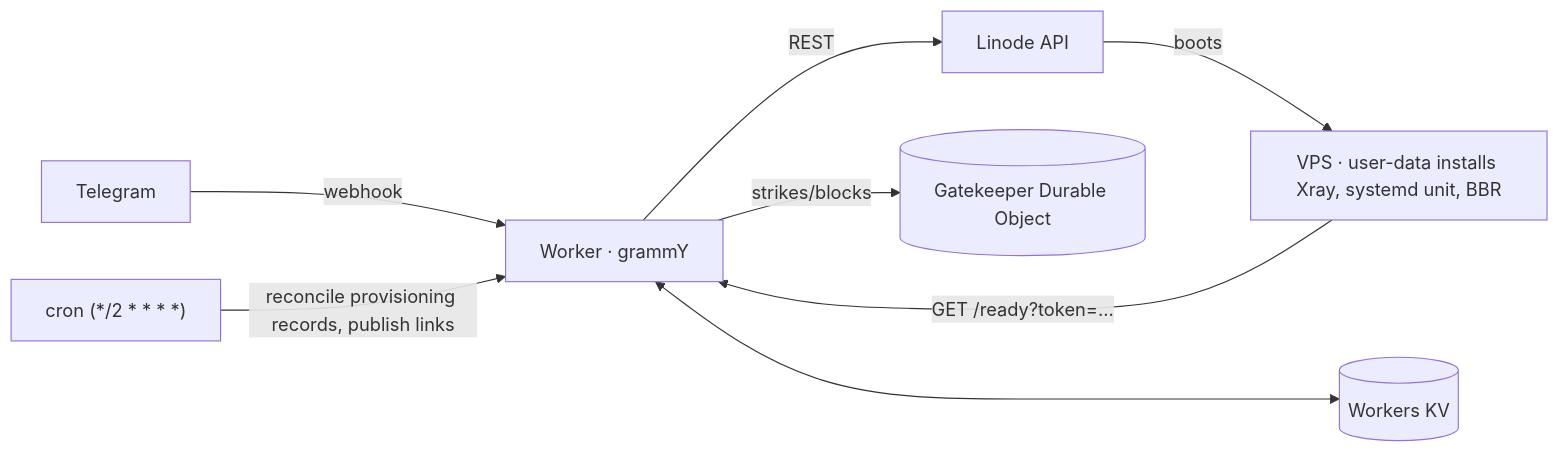
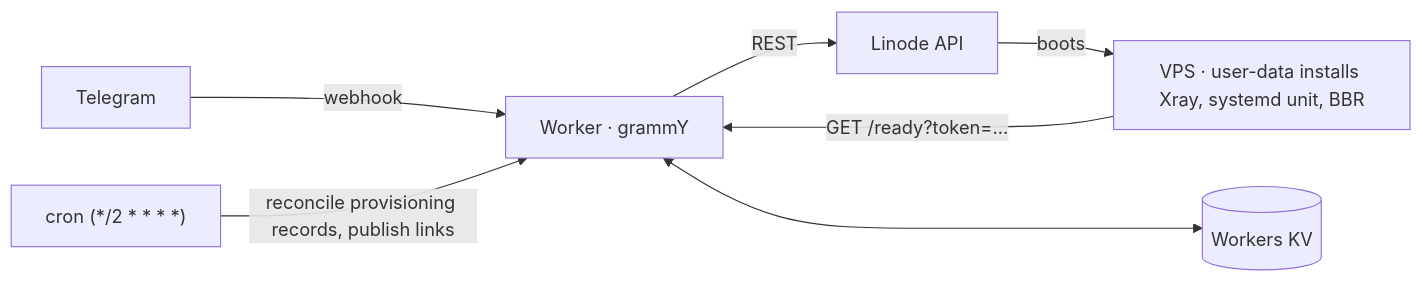
Before and after one commit to notlega/telegram-vpn-bot: the diagram in docs/architecture.md, drawn with Mermaid. The commit also changed other lines of this file and 12 other files, not shown here.

````diff
--- a/docs/architecture.md
+++ b/docs/architecture.md
@@ -5,10 +5,9 @@
 ```mermaid
 flowchart LR
     tg[Telegram] -- webhook --> w[Worker · grammY]
     w -- REST --> v[Linode API]
     v -- boots --> vps["VPS · user-data installs Xray, systemd unit, BBR"]
     vps -- "GET /ready?token=…" --> w
     cron["cron (*/2 * * * *)"] -- reconcile provisioning records, publish links --> w
     w <---> kv[(Workers KV)]
-    w -- strikes/blocks --> gate[(Gatekeeper Durable Object)]
 ```
````
